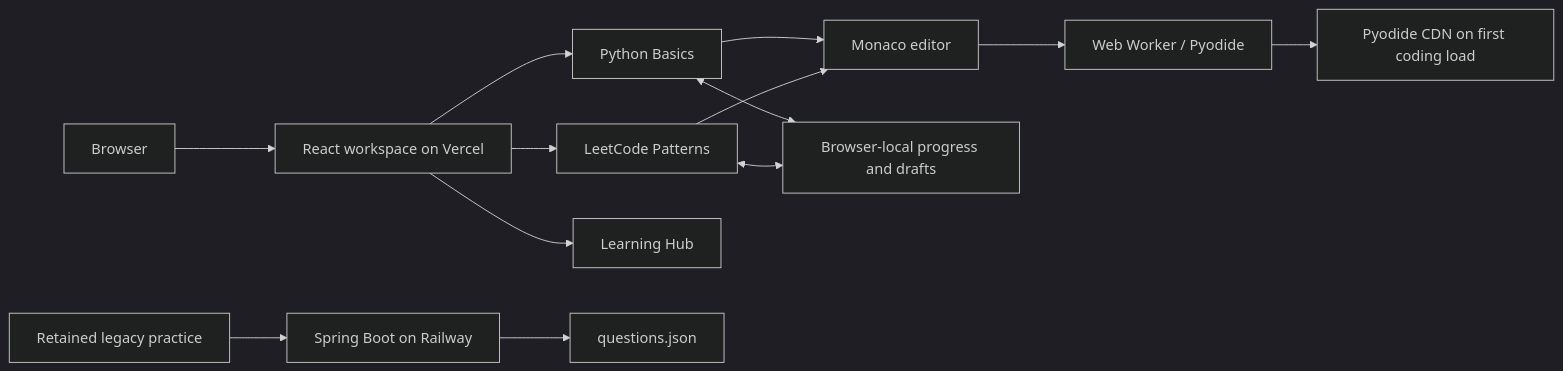
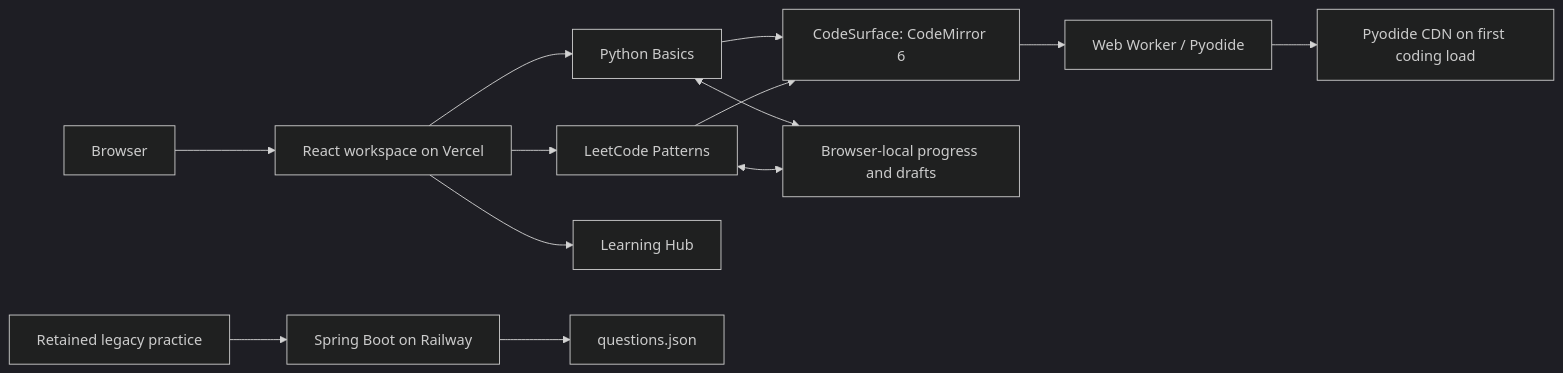
The diagram in ARCHITECTURE.md (nandohtorres/syntaxLab), drawn with Mermaid (dark theme) before and after one commit. The commit also changed other lines of this file and 36 other files, not shown here.

First line of the commit message:
feat: rapid fire mode, CodeMirror editor and phone code drawer

````diff
--- a/ARCHITECTURE.md
+++ b/ARCHITECTURE.md
@@ -14,15 +14,15 @@
 ```mermaid
 flowchart LR
     User[Browser] --> UI[React workspace on Vercel]
     UI --> Basics[Python Basics]
     UI --> Patterns[LeetCode Patterns]
     UI --> Hub[Learning Hub]
-    Basics --> Editor[Monaco editor]
+    Basics --> Editor[CodeSurface: CodeMirror 6]
     Patterns --> Editor
     Editor --> Worker[Web Worker / Pyodide]
     Worker --> CDN[Pyodide CDN on first coding load]
     Basics <--> Storage[Browser-local progress and drafts]
     Patterns <--> Storage
     Legacy[Retained legacy practice] --> API[Spring Boot on Railway]
     API --> JSON[questions.json]
 ```
````
